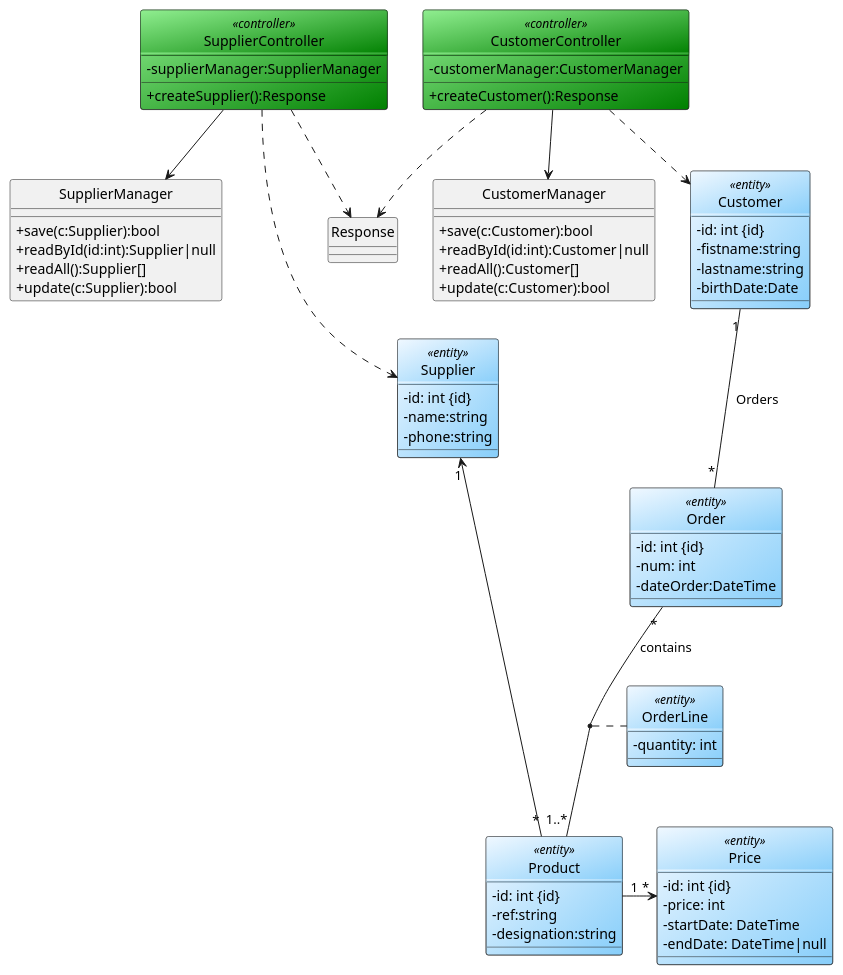
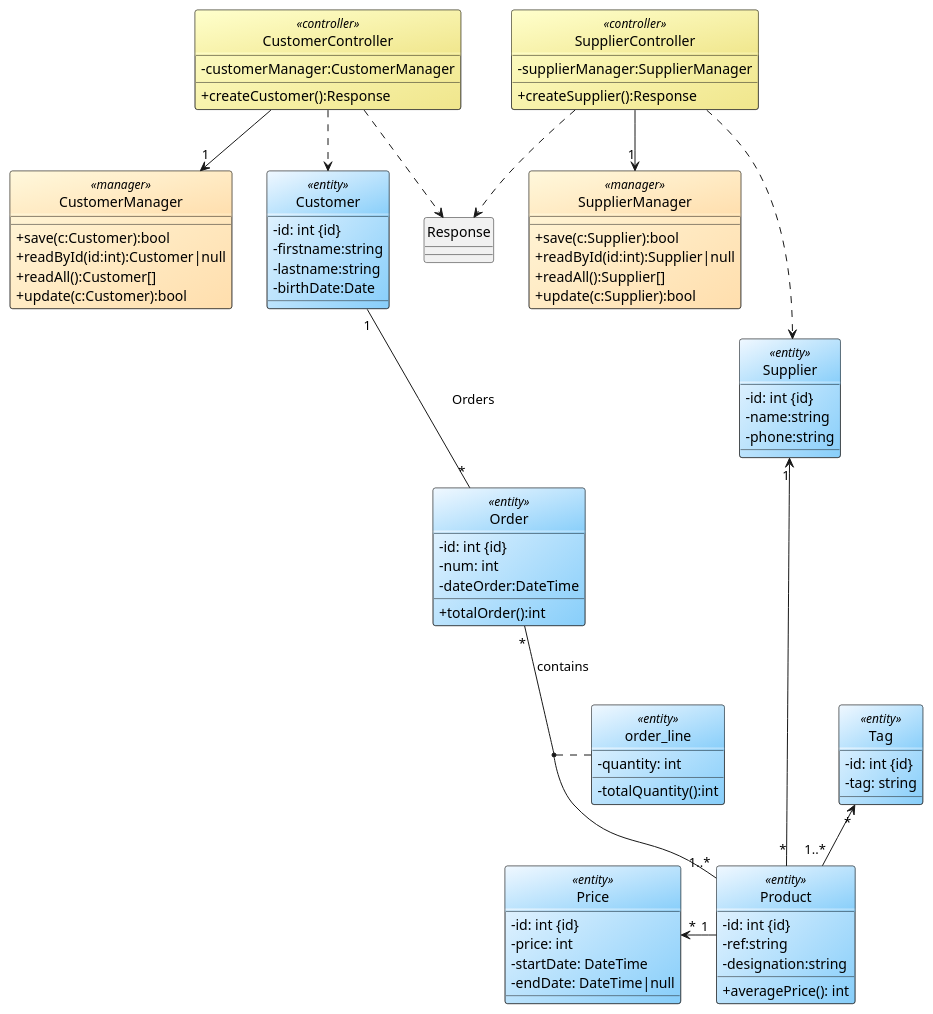
Before and after one commit to bbauer02/3wa_uml: the first of 11 diagrams in document/passer_du_diagramme_de_classe_a_la_bdd.adoc, drawn with PlantUML. The commit also changed other lines of this file and 12 other files, not shown here.

```diff
--- a/document/passer_du_diagramme_de_classe_a_la_bdd.adoc
+++ b/document/passer_du_diagramme_de_classe_a_la_bdd.adoc
@@ -29,19 +51,19 @@
 skinparam classAttributeIconSize 0
 skinparam class {
     BackgroundColor<<entity>> aliceblue/lightskyblue
-    BackgroundColor<<controller>> lightgreen/green
+    BackgroundColor<<controller>> business/khaki
+    BackgroundColor<<manager>> cornsilk/navajowhite
 }
 
-
 'permet de gérer un CRUD (Create, Read, Update, Delete)
-class CustomerManager {
+class CustomerManager <<manager>> {
 +save(c:Customer):bool
 +readById(id:int):Customer|null
 +readAll():Customer[]
 +update(c:Customer):bool
 }
 
-class SupplierManager {
+class SupplierManager <<manager>> {
 +save(c:Supplier):bool
 +readById(id:int):Supplier|null
 +readAll():Supplier[]
@@ -62,7 +84,7 @@
 
 class Customer <<entity>>{
 -id: int {id}
--fistname:string
+-firstname:string
 -lastname:string
 -birthDate:Date
 }
@@ -71,16 +93,19 @@
 -id: int {id}
 -num: int
 -dateOrder:DateTime
++totalOrder():int
 }
 
 class Product <<entity>>{
 -id: int {id}
 -ref:string
 -designation:string
++averagePrice(): int
 }
 
-class OrderLine <<entity>>{
+class order_line <<entity>>{
 -quantity: int
+-totalQuantity():int
 }
 
 class Price <<entity>>{
@@ -96,15 +121,20 @@
 -phone:string
 }
 
+class Tag <<entity>> {
+-id: int {id}
+-tag: string
+}
 CustomerController ..> Customer
 CustomerController ..> Response
-CustomerController --> CustomerManager
+CustomerController --> "1" CustomerManager
 Customer "1" -- "*" Order: Orders
 Order "*" -- "1..*" Product: contains
-(Order, Product) .. OrderLine
-Product "1" -> "*" Price
+(Order, Product) .. order_line
+Product "1" -left> "*" Price
 Supplier "1" <-- "*" Product
-SupplierController --> SupplierManager
+SupplierController --> "1" SupplierManager
 SupplierController ..> Supplier
 SupplierController ..> Response
+Tag "*" <-- "1..*" Product
 ....
```
